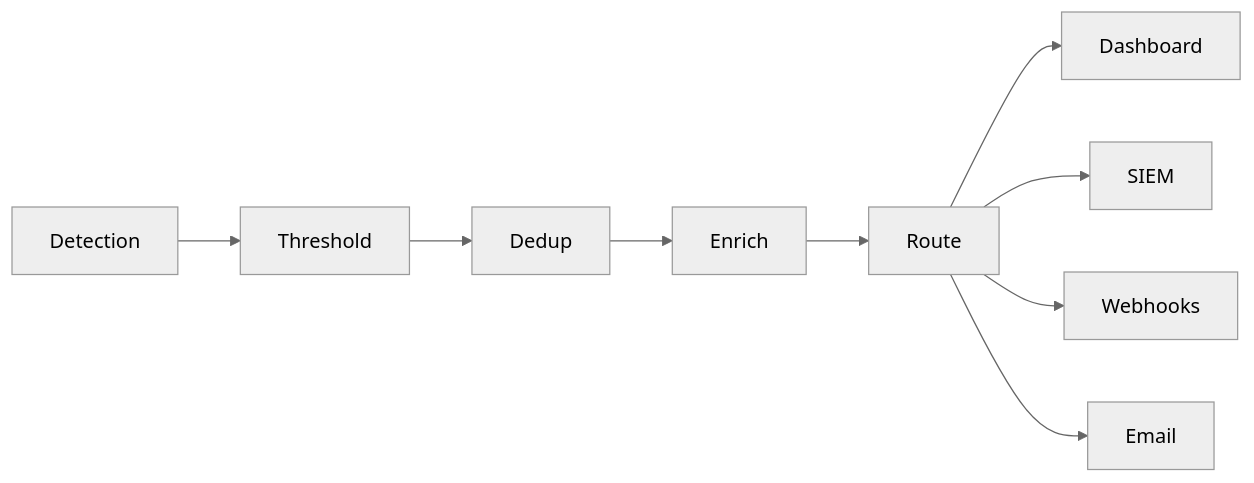
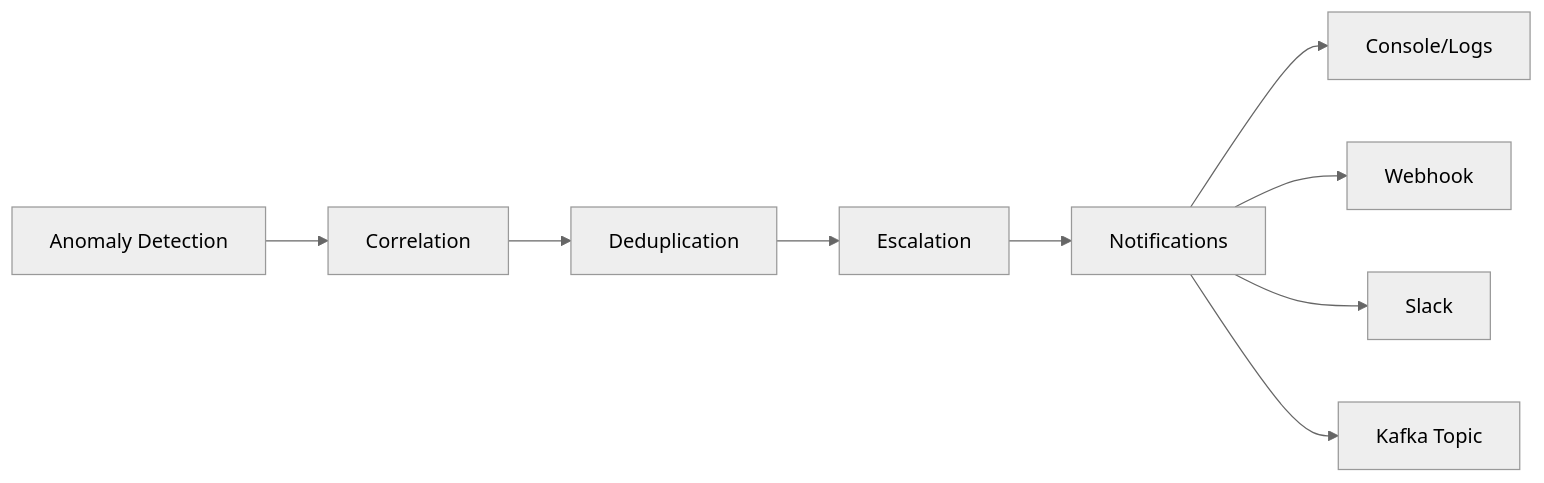
The first of 2 diagrams in packages/docs/docs/operations/alerting.md (caverac/ics-anomaly-detection), drawn with Mermaid (neutral theme) before and after one commit. The commit also changed other lines of this file and 35 other files, not shown here.

````diff
--- a/packages/docs/docs/operations/alerting.md
+++ b/packages/docs/docs/operations/alerting.md
@@ -11,12 +11,12 @@
 ```mermaid
 flowchart LR
-    DET["Detection"] --> THRESH["Threshold"]
-    THRESH --> DEDUP["Dedup"]
-    DEDUP --> ENRICH["Enrich"]
-    ENRICH --> ROUTE["Route"]
+    DET["Anomaly Detection"] --> CORR["Correlation"]
+    CORR --> DEDUP["Deduplication"]
+    DEDUP --> ESCAL["Escalation"]
+    ESCAL --> NOTIFY["Notifications"]
 
-    ROUTE --> DASH["Dashboard"]
-    ROUTE --> SIEM["SIEM"]
-    ROUTE --> WEBHOOK["Webhooks"]
-    ROUTE --> EMAIL["Email"]
+    NOTIFY --> CONSOLE["Console/Logs"]
+    NOTIFY --> WEBHOOK["Webhook"]
+    NOTIFY --> SLACK["Slack"]
+    NOTIFY --> KAFKA["Kafka Topic"]
 ```
````
